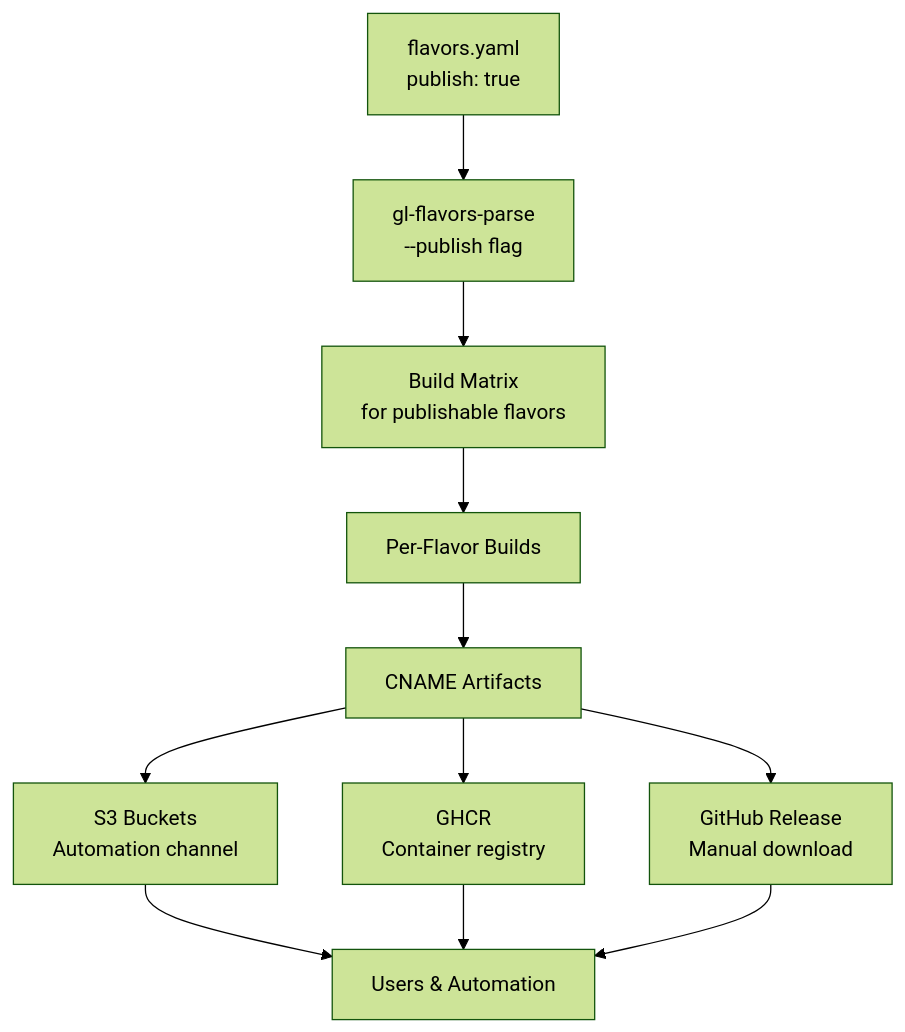
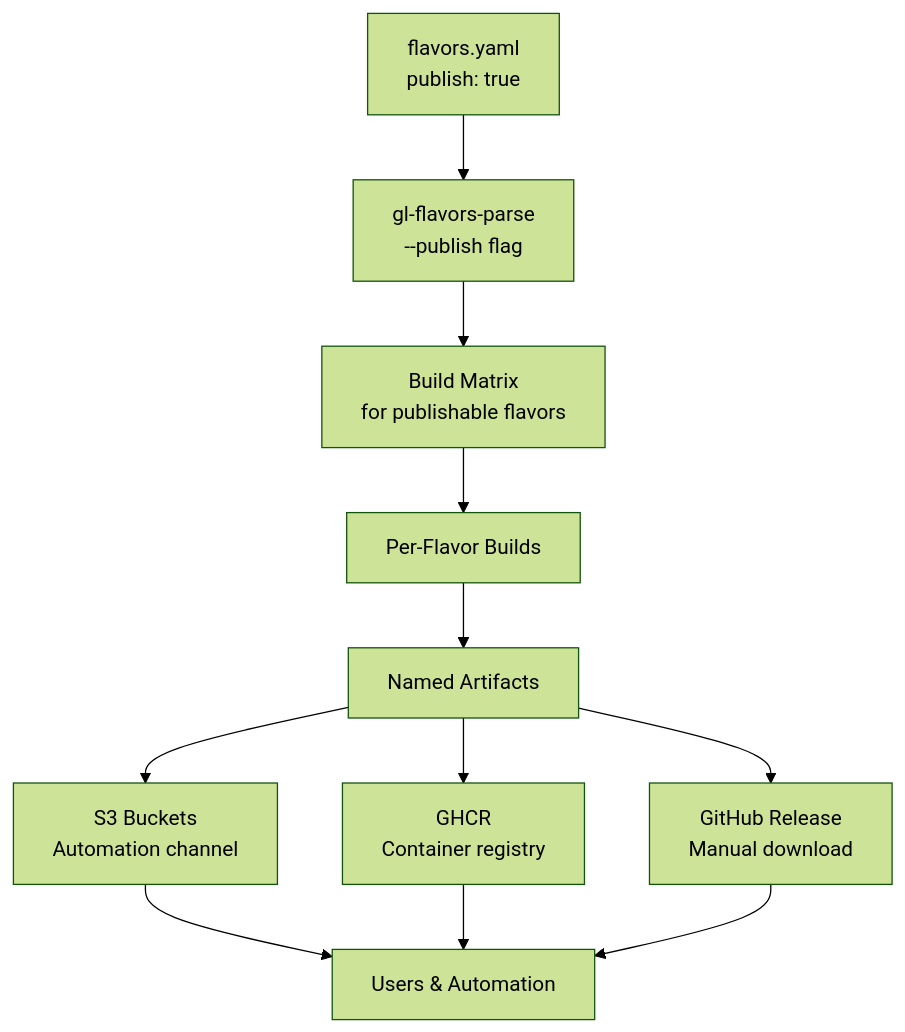
Before and after one commit to gardenlinux/gardenlinux: the second of 2 diagrams in docs/explanation/os-releases.md, drawn with Mermaid (forest theme). The commit also changed other lines of this file and 29 other files, not shown here.

````diff
--- a/docs/explanation/os-releases.md
+++ b/docs/explanation/os-releases.md
@@ -213,24 +217,24 @@
 ```mermaid
 flowchart TD
     A[flavors.yaml
 publish: true] --> B[gl-flavors-parse
 --publish flag]
     B --> C[Build Matrix
 for publishable flavors]
     C --> D[Per-Flavor Builds]
-    D --> E[CNAME Artifacts]
+    D --> E[Named Artifacts]
     E --> F[S3 Buckets
 Automation channel]
     E --> G[GHCR
 Container registry]
     E --> H[GitHub Release
 Manual download]
     F --> I[Users & Automation]
     G --> I
     H --> I
 
     class A input
     class B,C,D,E decision
     class F,G,H output
     class I process
 ```
````
